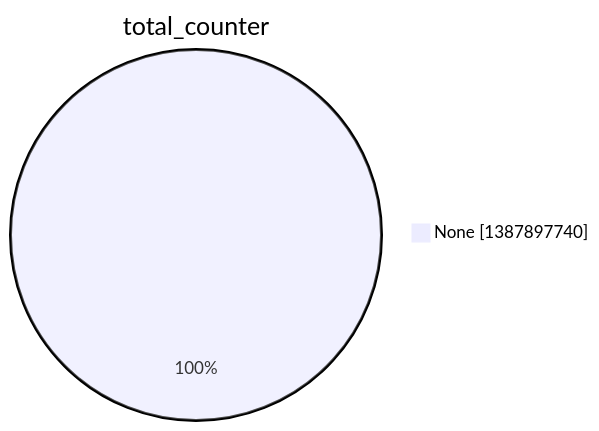
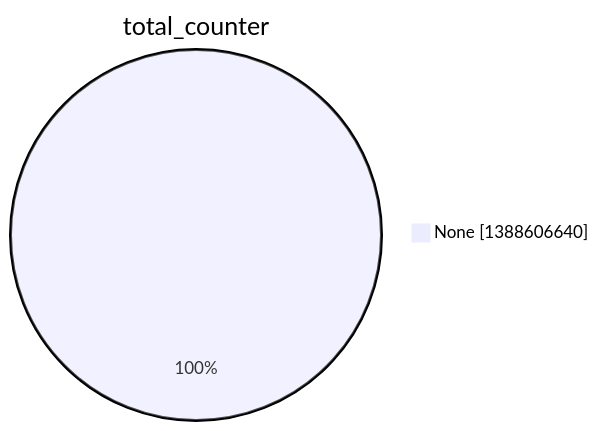
One commit to christiankrug/ctmonitor_visualization changed the second of 15 diagrams in argon2022/README.md. Above: the diagram before and after it, drawn with Mermaid. The commit also changed other lines of this file, not shown here.

````diff
--- a/argon2022/README.md
+++ b/argon2022/README.md
@@ -9,5 +9,5 @@
 ```mermaid
 pie showData
 title total_counter
-"None" :1387897740
+"None" :1388606640
 ```
````
